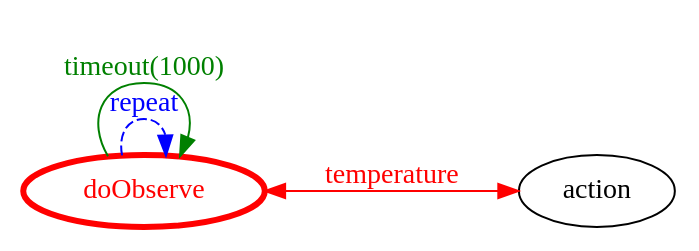
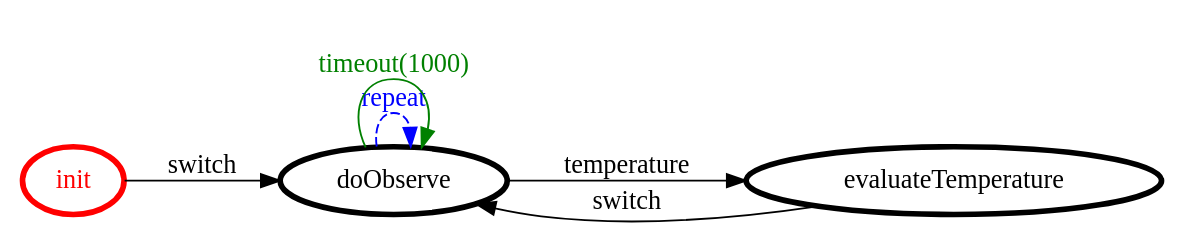
Before and after one commit to NiccoMlt/ISS-2018-Final-Task: the diagram in project/srcMore/it/unibo/world_observer/world_observer.gv, drawn with Graphviz. The commit also changed 13 other files, not shown here.

```diff
--- a/project/srcMore/it/unibo/world_observer/world_observer.gv
+++ b/project/srcMore/it/unibo/world_observer/world_observer.gv
@@ -1,17 +1,21 @@
 /*
 *
 * A GraphViz DOT FSM description 
 * Please use a GraphViz visualizer (like http://www.webgraphviz.com)
 *  
 */
 
 digraph finite_state_machine {
 	rankdir=LR
 	size="8,5"
 	
-	doObserve [ color = red ][ fontcolor = red ][ penwidth = 3 ]
+	init [ color = red ][ fontcolor = red ][ penwidth = 3 ]
+	evaluateTemperature [ color = black ][ fontcolor = black ][ penwidth = 3 ]
+	doObserve [ color = black ][ fontcolor = black ][ penwidth = 3 ]
 	
 	doObserve -> doObserve [ label = "repeat "][ style = dashed ][ color = blue ][ fontcolor = blue ]
-	doObserve -> action [ label = "temperature" ][ color = red ][ fontcolor = red ][ dir = both ]
+	doObserve -> evaluateTemperature [ label = "temperature" ][ color = black ][ fontcolor = black ]
+	evaluateTemperature -> doObserve [ label = "switch" ][ color = black ][ fontcolor = black ]
 	doObserve -> doObserve [ label = "timeout(1000)" ][ color = green ][ fontcolor = green ]
+	init -> doObserve [ label = "switch" ][ color = black ][ fontcolor = black ]
 }
```
